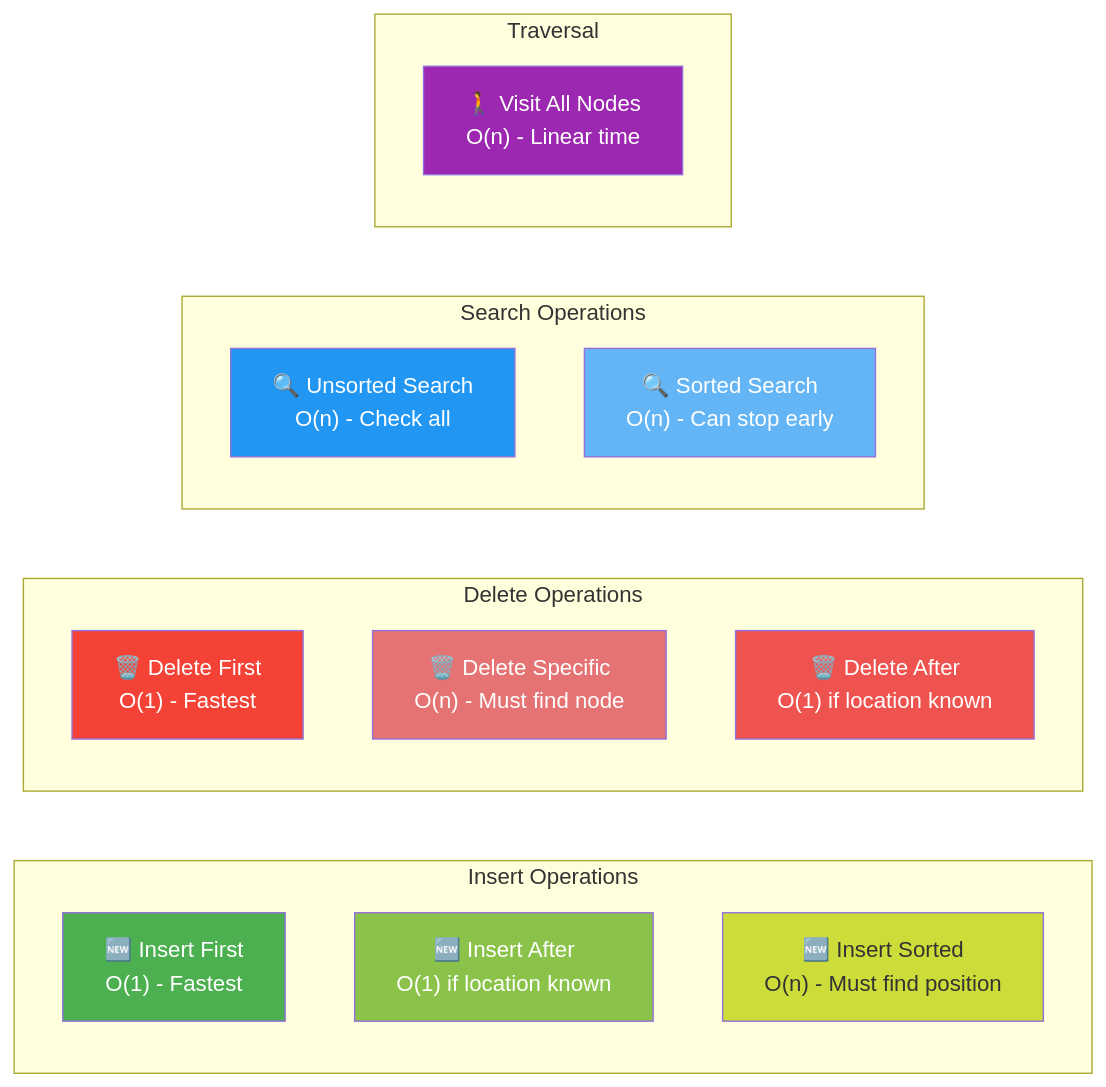
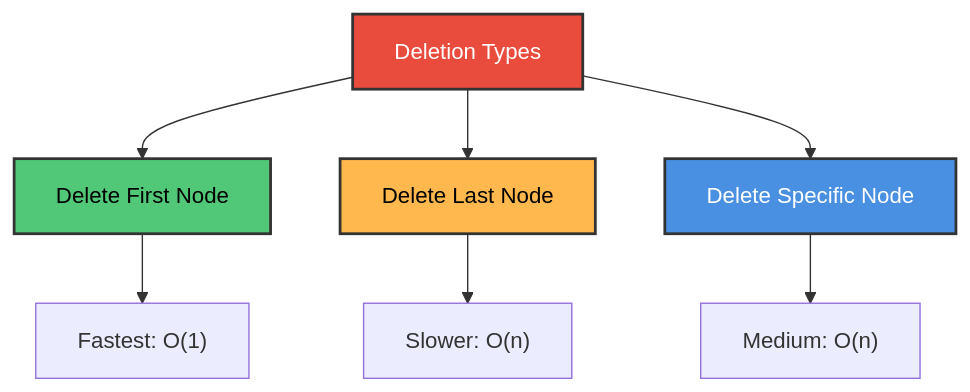
One commit to M-F-Tushar/CSE-2101-Data-Structure changed the sixth of 54 diagrams in Chapter 5 - Linked Lists/README.md. Above: the diagram before and after it, drawn with Mermaid. The commit also changed other lines of this file, not shown here.

````diff
--- a/Chapter 5 - Linked Lists/README.md
+++ b/Chapter 5 - Linked Lists/README.md
@@ -62,36 +472,15 @@
 ```mermaid
-graph LR
-    subgraph "Insert Operations"
-        I1["🆕 Insert First<br/>O(1) - Fastest"]
-        I2["🆕 Insert After<br/>O(1) if location known"]
-        I3["🆕 Insert Sorted<br/>O(n) - Must find position"]
-        
-        style I1 fill:#4caf50,color:#fff
-        style I2 fill:#8bc34a,color:#fff
-        style I3 fill:#cddc39
-    end
+graph TD
+    A["Deletion Types"] --> B["Delete First Node"]
+    A --> C["Delete Last Node"]
+    A --> D["Delete Specific Node"]
     
-    subgraph "Delete Operations"
-        D1["🗑️ Delete First<br/>O(1) - Fastest"]
-        D2["🗑️ Delete Specific<br/>O(n) - Must find node"]
-        D3["🗑️ Delete After<br/>O(1) if location known"]
-        
-        style D1 fill:#f44336,color:#fff
-        style D2 fill:#e57373,color:#fff
-        style D3 fill:#ef5350,color:#fff
-    end
+    B --> B1["Fastest: O(1)"]
+    C --> C1["Slower: O(n)"]
+    D --> D1["Medium: O(n)"]
     
-    subgraph "Search Operations"
-        S1["🔍 Unsorted Search<br/>O(n) - Check all"]
-        S2["🔍 Sorted Search<br/>O(n) - Can stop early"]
-        
-        style S1 fill:#2196f3,color:#fff
-        style S2 fill:#64b5f6,color:#fff
-    end
-    
-    subgraph "Traversal"
-        T1["🚶 Visit All Nodes<br/>O(n) - Linear time"]
-        
-        style T1 fill:#9c27b0,color:#fff
-    end
+    style A fill:#E94B3C,stroke:#333,stroke-width:2px,color:#fff
+    style B fill:#50C878,stroke:#333,stroke-width:2px,color:#000
+    style C fill:#FFB84D,stroke:#333,stroke-width:2px,color:#000
+    style D fill:#4A90E2,stroke:#333,stroke-width:2px,color:#fff
 ```
````
